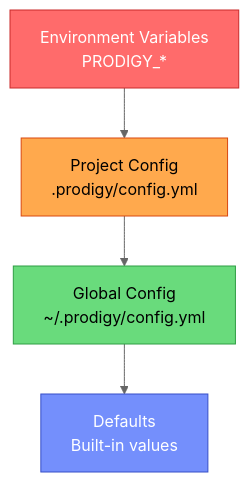
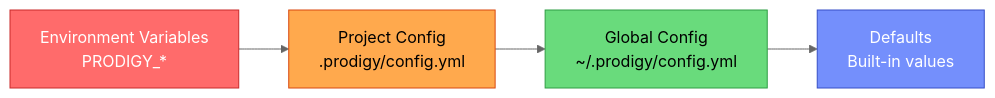
One commit to iepathos/prodigy changed the diagram in docs/configuration/configuration-precedence-rules.md. Above: the diagram before and after it, drawn with Mermaid (neutral theme).

Commit message:
docs: enhance 'configuration precedence rules' with visual features
- Fixed Mermaid diagram to use horizontal layout (graph LR) for linear sequence
- Replaced HTML <br/> tags with proper quoted multi-line syntax
- Improves readability by using page width more effectively

Page: docs/configuration/configuration-precedence-rules.md

````diff
--- a/docs/configuration/configuration-precedence-rules.md
+++ b/docs/configuration/configuration-precedence-rules.md
@@ -9,11 +9,15 @@
 ```mermaid
-graph TD
-    A[Environment Variables<br/>PRODIGY_*] --> B[Project Config<br/>.prodigy/config.yml]
-    B --> C[Global Config<br/>~/.prodigy/config.yml]
-    C --> D[Defaults<br/>Built-in values]
+graph LR
+    A["Environment Variables
+    PRODIGY_*"] --> B["Project Config
+    .prodigy/config.yml"]
+    B --> C["Global Config
+    ~/.prodigy/config.yml"]
+    C --> D["Defaults
+    Built-in values"]
 
     style A fill:#ff6b6b,stroke:#c92a2a,color:#fff
     style B fill:#ffa94d,stroke:#d9480f
     style C fill:#69db7c,stroke:#2f9e44
     style D fill:#748ffc,stroke:#364fc7,color:#fff
 ```
````
